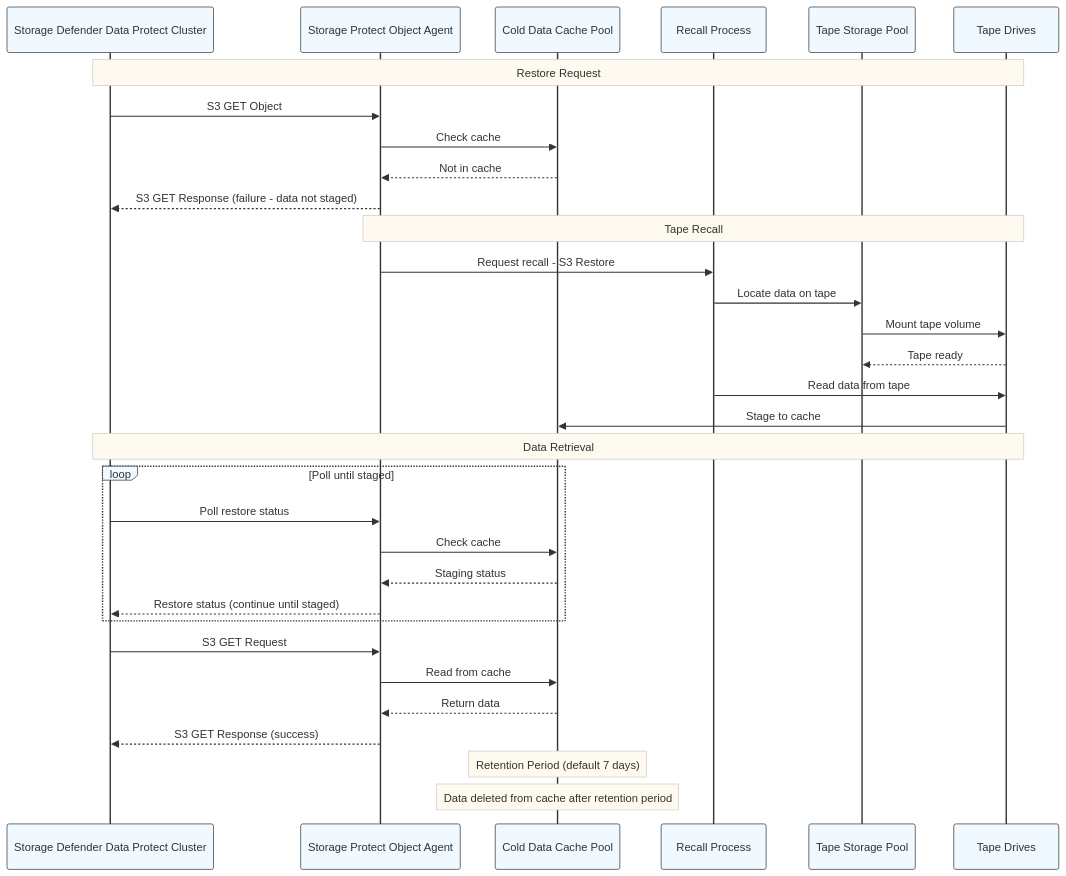
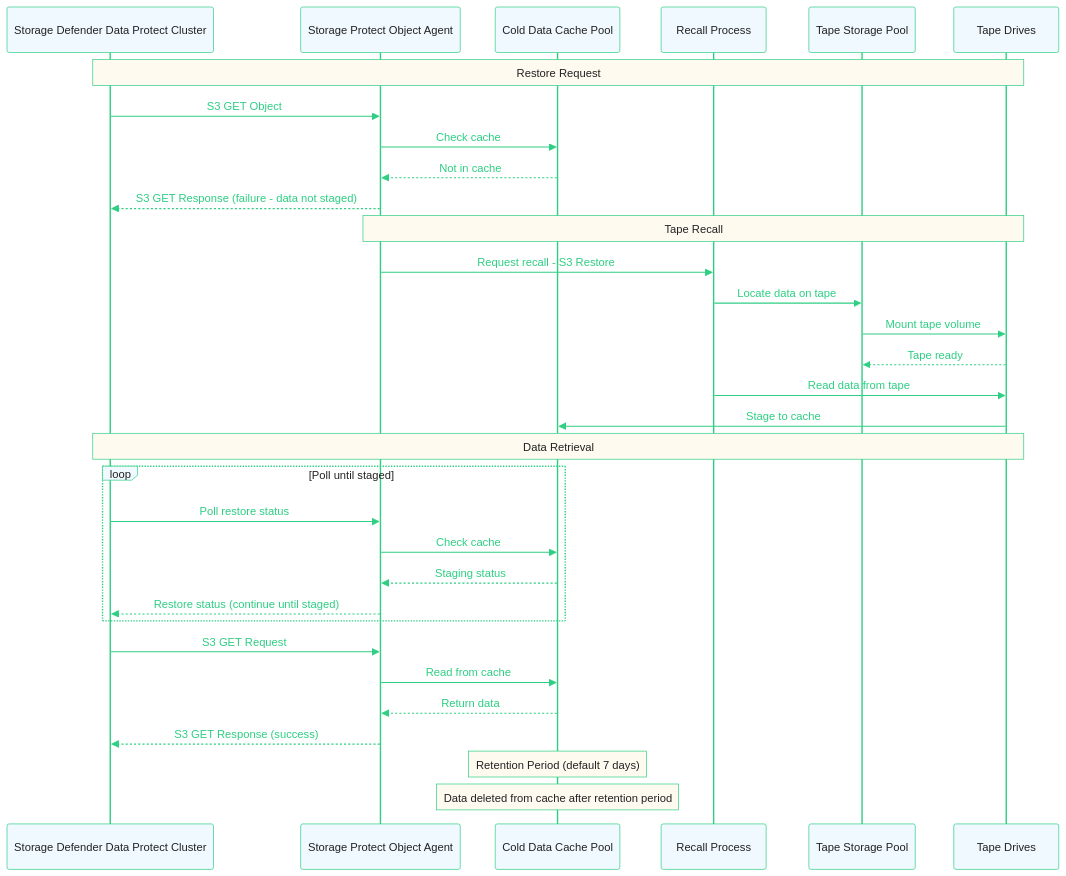
One commit to TarSemaj/storage-protect-galaxy changed the seventh of 17 diagrams in blueprint/integrations/data-protect/defender-data-protect-with-storage-protect-tape-integration.md. Above: the diagram before and after it, drawn with Mermaid. The commit also changed other lines of this file, not shown here.

````diff
--- a/blueprint/integrations/data-protect/defender-data-protect-with-storage-protect-tape-integration.md
+++ b/blueprint/integrations/data-protect/defender-data-protect-with-storage-protect-tape-integration.md
@@ -513,39 +576,70 @@
 ```mermaid
-%%{init: {'theme':'base', 'themeVariables': {'fontSize':'13px', 'fontFamily':'arial', 'background':'white', 'primaryBackground':'white', 'mainBkg':'white', 'nodeBorder':'#333333', 'edgeLabelBackground':'white', 'primaryTextColor':'#333333', 'lineColor':'#333333', 'actorBkg':'#f0f9ff', 'actorBorder':'#333333', 'actorTextColor':'#333333', 'actorLineColor':'#333333', 'noteBkgColor':'#fffaf0', 'noteBorderColor':'#cccccc', 'signalColor':'#333333', 'signalTextColor':'#333333'}}}%%
+%%{init: {
+  'theme': 'base',
+  'themeVariables': {
+    'fontSize': '13px',
+    'fontFamily': 'arial',
+
+    'background': '#ffffff',
+    'primaryBackground': '#ffffff',
+    'mainBkg': '#ffffff',
+
+    'primaryTextColor': '#2ece83',
+    'secondaryTextColor': '#2ece83',
+    'tertiaryTextColor': '#2ece83',
+    'textColor': '#2ece83',
+
+    'lineColor': '#2ece83',
+    'signalColor': '#2ece83',
+    'signalTextColor': '#2ece83',
+
+    'actorBkg': '#f0f9ff',
+    'actorBorder': '#2ece83',
+    'actorTextColor': '#222222',
+    'actorLineColor': '#2ece83',
+
+    'noteBkgColor': '#fffaf0',
+    'noteBorderColor': '#2ece83',
+    'noteTextColor': '#222222',
+
+    'labelColor': '#222222',
+    'edgeLabelBackground': '#ffffff'
+  }
+}}%%
 sequenceDiagram
     participant DP as Storage Defender Data Protect Cluster
     participant OA as Storage Protect Object Agent
     participant CC as Cold Data Cache Pool
     participant RP as Recall Process
     participant TP as Tape Storage Pool
     participant TD as Tape Drives
     
     Note over DP,TD: Restore Request
     DP->>OA: S3 GET Object
     OA->>CC: Check cache
     CC-->>OA: Not in cache
     OA-->>DP: S3 GET Response (failure - data not staged)
     
     Note over OA,TD: Tape Recall
     OA->>RP: Request recall - S3 Restore
     RP->>TP: Locate data on tape
     TP->>TD: Mount tape volume
     TD-->>TP: Tape ready
     RP->>TD: Read data from tape
     TD->>CC: Stage to cache
     
     Note over DP,TD: Data Retrieval
     loop Poll until staged
         DP->>OA: Poll restore status
         OA->>CC: Check cache
         CC-->>OA: Staging status
         OA-->>DP: Restore status (continue until staged)
     end
     DP->>OA: S3 GET Request
     OA->>CC: Read from cache
     CC-->>OA: Return data
     OA-->>DP: S3 GET Response (success)
     
     Note over CC: Retention Period (default 7 days)
     Note over CC: Data deleted from cache after retention period
 ```
````
